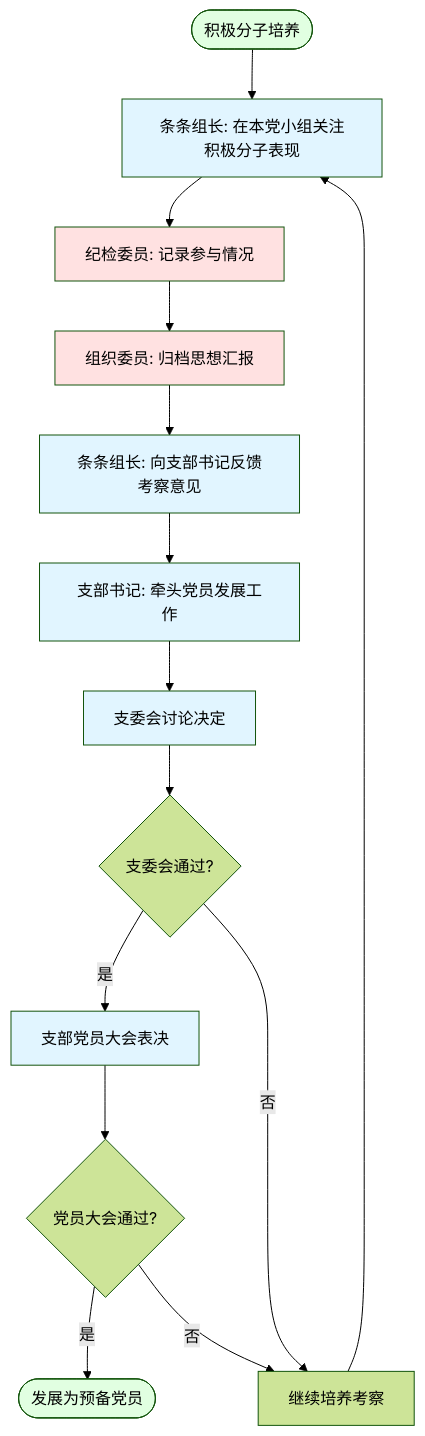
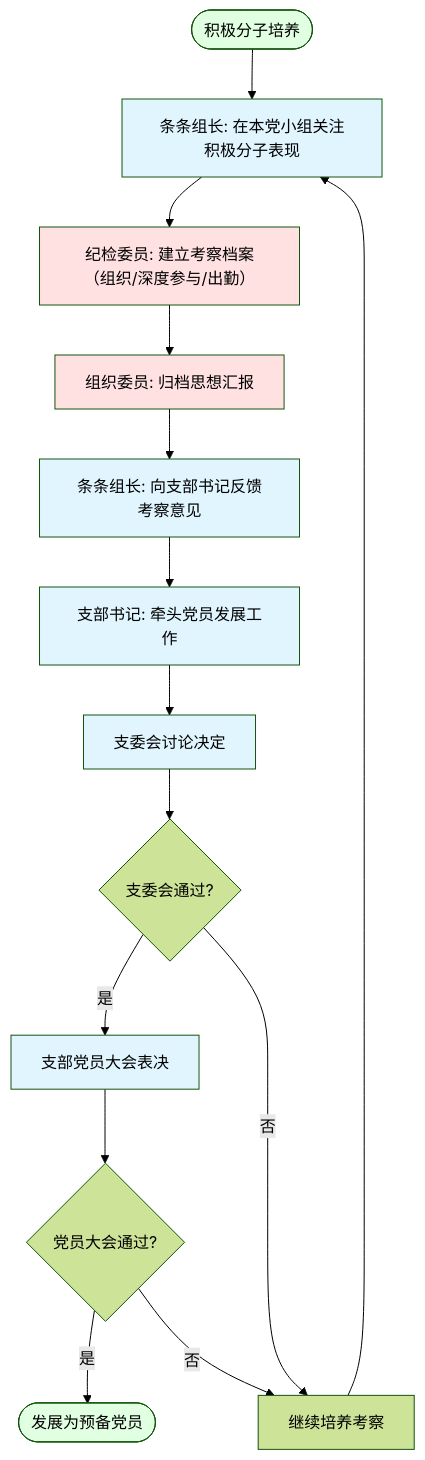
Before and after one commit to czhgo/GSM1921-SOP: the fifth of 9 diagrams in 流程指南/工作流程图-定人定责定岗.md, drawn with Mermaid (forest theme). The commit also changed other lines of this file and 1 other file, not shown here.

Commit message:
修复工作流程图和场景10引用：更新活动复盘流程和考察档案描述

````diff
--- a/流程指南/工作流程图-定人定责定岗.md
+++ b/流程指南/工作流程图-定人定责定岗.md
@@ -211,41 +211,41 @@
 ```mermaid
 flowchart TD
     Start([积极分子培养])
     
     A[条条组长: 在本党小组关注积极分子表现]
-    B[纪检委员: 记录参与情况]
+    B[纪检委员: 建立考察档案（组织/深度参与/出勤）]
     C[组织委员: 归档思想汇报]
     D[条条组长: 向支部书记反馈考察意见]
     E[支部书记: 牵头党员发展工作]
     F[支委会讨论决定]
     G{支委会通过?}
     H[支部党员大会表决]
     I{党员大会通过?}
     J[继续培养考察]
     
     End([发展为预备党员])
     
     Start --> A
     A --> B
     B --> C
     C --> D
     D --> E
     E --> F
     F --> G
     G -->|是| H
     G -->|否| J
     H --> I
     I -->|是| End
     I -->|否| J
     J --> A
     
     style Start fill:#e1ffe1
     style A fill:#e1f5ff
     style B fill:#ffe1e1
     style C fill:#ffe1e1
     style D fill:#e1f5ff
     style E fill:#e1f5ff
     style F fill:#e1f5ff
     style H fill:#e1f5ff
     style End fill:#e1ffe1
 ```
````
